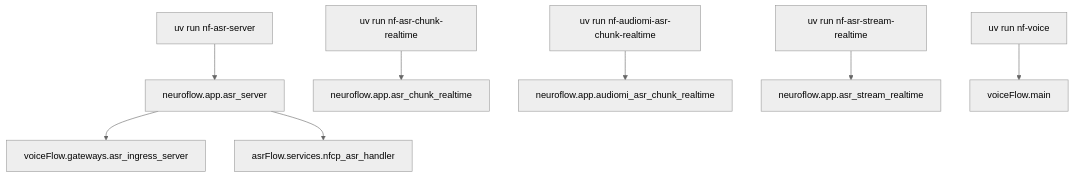
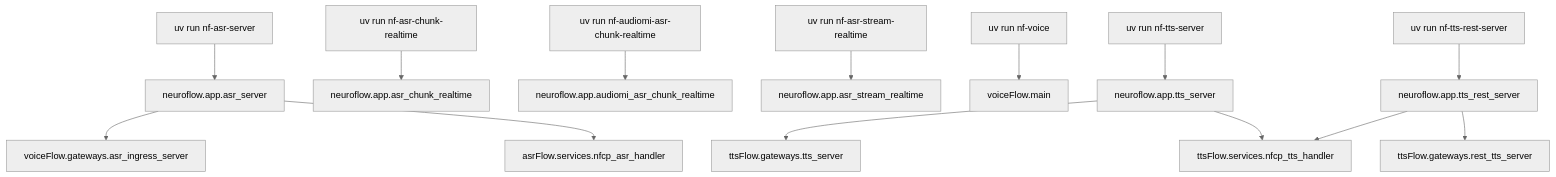
Before and after one commit to gbox3d/visionFlow: the fifth of 7 diagrams in _forAI/architecture.md, drawn with Mermaid (neutral theme). The commit also changed other lines of this file and 32 other files, not shown here.

````diff
--- a/_forAI/architecture.md
+++ b/_forAI/architecture.md
@@ -85,11 +108,17 @@
 ```mermaid
 flowchart TD
     NFASR["uv run nf-asr-server"] --> AppServer["neuroflow.app.asr_server"]
     AppServer --> Ingress["voiceFlow.gateways.asr_ingress_server"]
     AppServer --> Handler["asrFlow.services.nfcp_asr_handler"]
 
     NFChunk["uv run nf-asr-chunk-realtime"] --> ChunkApp["neuroflow.app.asr_chunk_realtime"]
     NFAudioMi["uv run nf-audiomi-asr-chunk-realtime"] --> AudioMiApp["neuroflow.app.audiomi_asr_chunk_realtime"]
     NFStream["uv run nf-asr-stream-realtime"] --> StreamApp["neuroflow.app.asr_stream_realtime"]
     NFVoice["uv run nf-voice"] --> VoiceMain["voiceFlow.main"]
+    NFTTS["uv run nf-tts-server"] --> TtsApp["neuroflow.app.tts_server"]
+    NFREST["uv run nf-tts-rest-server"] --> TtsRestApp["neuroflow.app.tts_rest_server"]
+    TtsApp --> TtsGateway["ttsFlow.gateways.tts_server"]
+    TtsRestApp --> TtsRestGateway["ttsFlow.gateways.rest_tts_server"]
+    TtsApp --> TtsHandler["ttsFlow.services.nfcp_tts_handler"]
+    TtsRestApp --> TtsHandler
 ```
````
